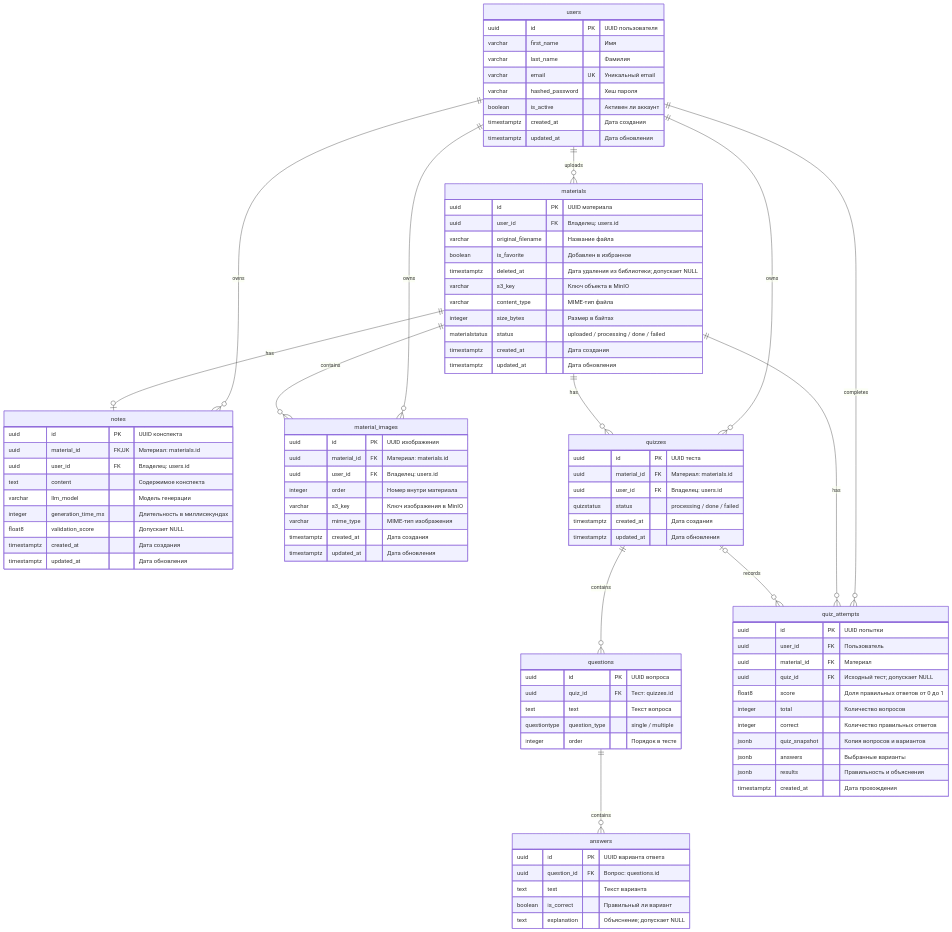
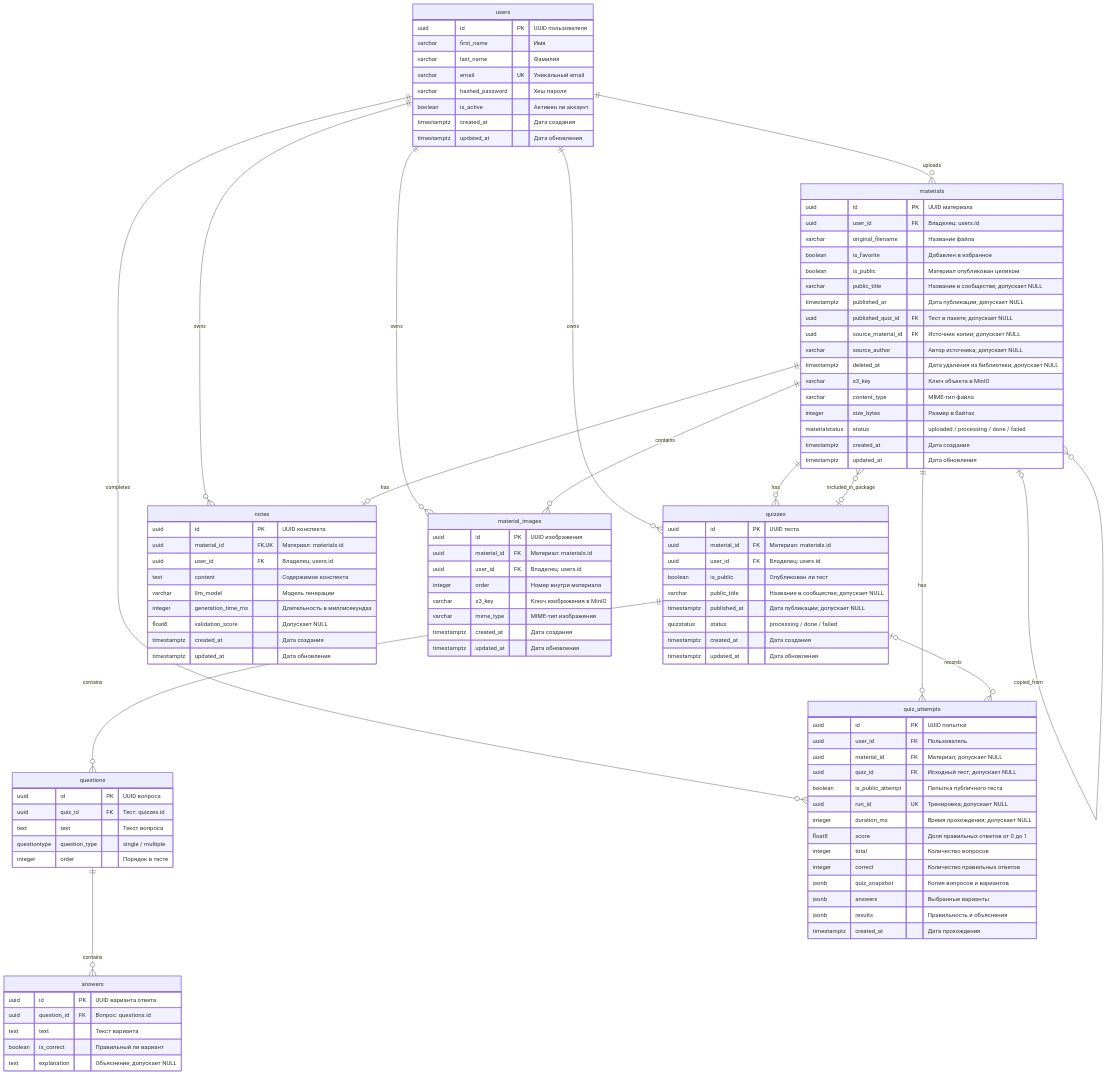
Before and after one commit to kosenkomichael/Software_development_management: the diagram in docs/database-schema.md, drawn with Mermaid. The commit also changed other lines of this file and 39 other files, not shown here.

````diff
--- a/docs/database-schema.md
+++ b/docs/database-schema.md
@@ -10,6 +10,8 @@
 ```mermaid
 erDiagram
     users ||--o{ materials : uploads
+    materials |o--o{ materials : copied_from
+    quizzes |o--o{ materials : included_in_package
     users ||--o{ notes : owns
     users ||--o{ material_images : owns
     users ||--o{ quizzes : owns
@@ -25,8 +27,11 @@
     quiz_attempts {
         uuid id PK "UUID попытки"
         uuid user_id FK "Пользователь"
-        uuid material_id FK "Материал"
+        uuid material_id FK "Материал; допускает NULL"
         uuid quiz_id FK "Исходный тест; допускает NULL"
+        boolean is_public_attempt "Попытка публичного теста"
+        uuid run_id UK "Тренировка; допускает NULL"
+        integer duration_ms "Время прохождения; допускает NULL"
         float8 score "Доля правильных ответов от 0 до 1"
         integer total "Количество вопросов"
         integer correct "Количество правильных ответов"
@@ -50,6 +55,12 @@
         uuid user_id FK "Владелец: users.id"
         varchar original_filename "Название файла"
         boolean is_favorite "Добавлен в избранное"
+        boolean is_public "Материал опубликован целиком"
+        varchar public_title "Название в сообществе; допускает NULL"
+        timestamptz published_at "Дата публикации; допускает NULL"
+        uuid published_quiz_id FK "Тест в пакете; допускает NULL"
+        uuid source_material_id FK "Источник копии; допускает NULL"
+        varchar source_author "Автор источника; допускает NULL"
         timestamptz deleted_at "Дата удаления из библиотеки; допускает NULL"
         varchar s3_key "Ключ объекта в MinIO"
         varchar content_type "MIME-тип файла"
@@ -83,6 +94,9 @@
         uuid id PK "UUID теста"
         uuid material_id FK "Материал: materials.id"
         uuid user_id FK "Владелец: users.id"
+        boolean is_public "Опубликован ли тест"
+        varchar public_title "Название в сообществе; допускает NULL"
+        timestamptz published_at "Дата публикации; допускает NULL"
         quizstatus status "processing / done / failed"
         timestamptz created_at "Дата создания"
         timestamptz updated_at "Дата обновления"
````
